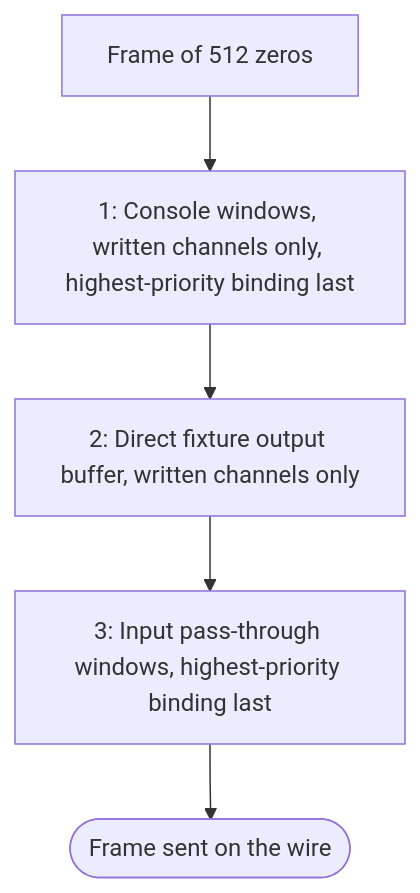
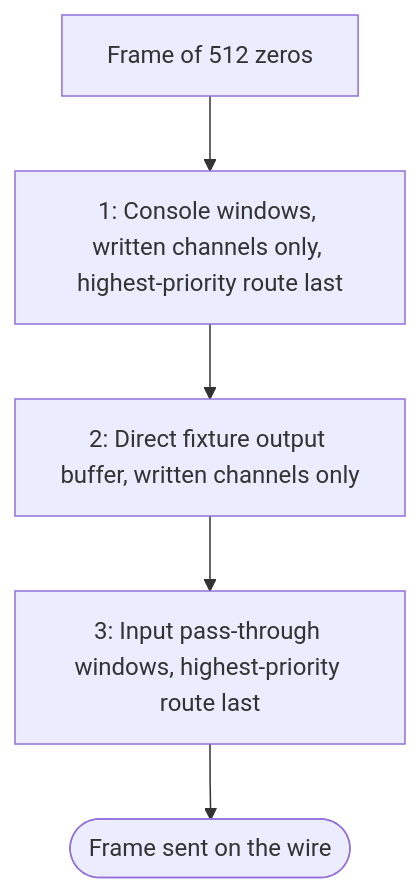
Before and after one commit to stewartadam/nightfall-lightdesk: the fifth of 6 diagrams in docs/internal/src/domains/fixtures-and-output.md, drawn with Mermaid. The commit also changed other lines of this file and 9 other files, not shown here.

````diff
--- a/docs/internal/src/domains/fixtures-and-output.md
+++ b/docs/internal/src/domains/fixtures-and-output.md
@@ -270,9 +270,9 @@
 ```mermaid
 flowchart TB
   accTitle: Output frame composition order
-  accDescr: A frame starts as zeros. Console windows routed by console-to-transport bindings are copied first, lowest precedence first. Direct fixture output buffers are copied next. Input pass-through windows are copied last, lowest precedence first.
-  zero[Frame of 512 zeros] --> console["1: Console windows, written channels only, highest-priority binding last"]
+  accDescr: A frame starts as zeros. Console windows routed by console-to-transport routes are copied first, lowest precedence first. Direct fixture output buffers are copied next. Input pass-through windows are copied last, lowest precedence first.
+  zero[Frame of 512 zeros] --> console["1: Console windows, written channels only, highest-priority route last"]
   console --> direct["2: Direct fixture output buffer, written channels only"]
-  direct --> passthrough["3: Input pass-through windows, highest-priority binding last"]
+  direct --> passthrough["3: Input pass-through windows, highest-priority route last"]
   passthrough --> frame([Frame sent on the wire])
 ```
````
